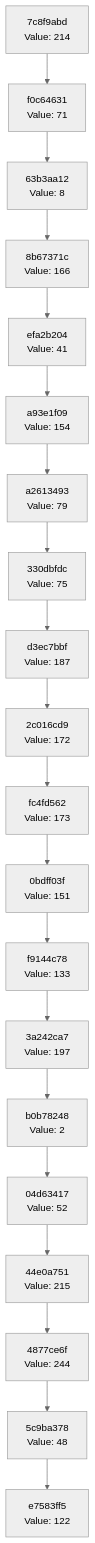
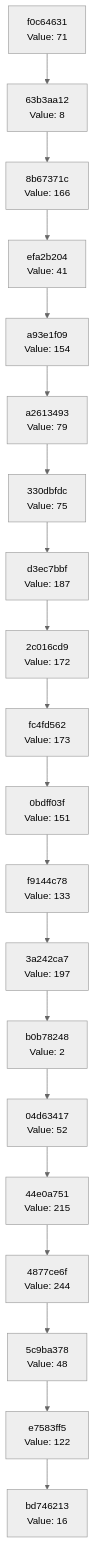
One commit to Abhisheksinha1506/hash-chain-evolver changed the diagram in docs/CHAIN_VISUALIZATION.md. Above: the diagram before and after it, drawn with Mermaid (neutral theme). The commit also changed 2 other files, not shown here.

Commit message:
Evolution Step

````diff
--- a/docs/CHAIN_VISUALIZATION.md
+++ b/docs/CHAIN_VISUALIZATION.md
@@ -3,42 +3,42 @@
 ```mermaid
 graph TD
-    C0["e7583ff5<br/>Value: 122"]
-    C1["5c9ba378<br/>Value: 48"]
+    C0["bd746213<br/>Value: 16"]
+    C1["e7583ff5<br/>Value: 122"]
     C1 --> C0
-    C2["4877ce6f<br/>Value: 244"]
+    C2["5c9ba378<br/>Value: 48"]
     C2 --> C1
-    C3["44e0a751<br/>Value: 215"]
+    C3["4877ce6f<br/>Value: 244"]
     C3 --> C2
-    C4["04d63417<br/>Value: 52"]
+    C4["44e0a751<br/>Value: 215"]
     C4 --> C3
-    C5["b0b78248<br/>Value: 2"]
+    C5["04d63417<br/>Value: 52"]
     C5 --> C4
-    C6["3a242ca7<br/>Value: 197"]
+    C6["b0b78248<br/>Value: 2"]
     C6 --> C5
-    C7["f9144c78<br/>Value: 133"]
+    C7["3a242ca7<br/>Value: 197"]
     C7 --> C6
-    C8["0bdff03f<br/>Value: 151"]
+    C8["f9144c78<br/>Value: 133"]
     C8 --> C7
-    C9["fc4fd562<br/>Value: 173"]
+    C9["0bdff03f<br/>Value: 151"]
     C9 --> C8
-    C10["2c016cd9<br/>Value: 172"]
+    C10["fc4fd562<br/>Value: 173"]
     C10 --> C9
-    C11["d3ec7bbf<br/>Value: 187"]
+    C11["2c016cd9<br/>Value: 172"]
     C11 --> C10
-    C12["330dbfdc<br/>Value: 75"]
+    C12["d3ec7bbf<br/>Value: 187"]
     C12 --> C11
-    C13["a2613493<br/>Value: 79"]
+    C13["330dbfdc<br/>Value: 75"]
     C13 --> C12
-    C14["a93e1f09<br/>Value: 154"]
+    C14["a2613493<br/>Value: 79"]
     C14 --> C13
-    C15["efa2b204<br/>Value: 41"]
+    C15["a93e1f09<br/>Value: 154"]
     C15 --> C14
-    C16["8b67371c<br/>Value: 166"]
+    C16["efa2b204<br/>Value: 41"]
     C16 --> C15
-    C17["63b3aa12<br/>Value: 8"]
+    C17["8b67371c<br/>Value: 166"]
     C17 --> C16
-    C18["f0c64631<br/>Value: 71"]
+    C18["63b3aa12<br/>Value: 8"]
     C18 --> C17
-    C19["7c8f9abd<br/>Value: 214"]
+    C19["f0c64631<br/>Value: 71"]
     C19 --> C18
 ```
````
